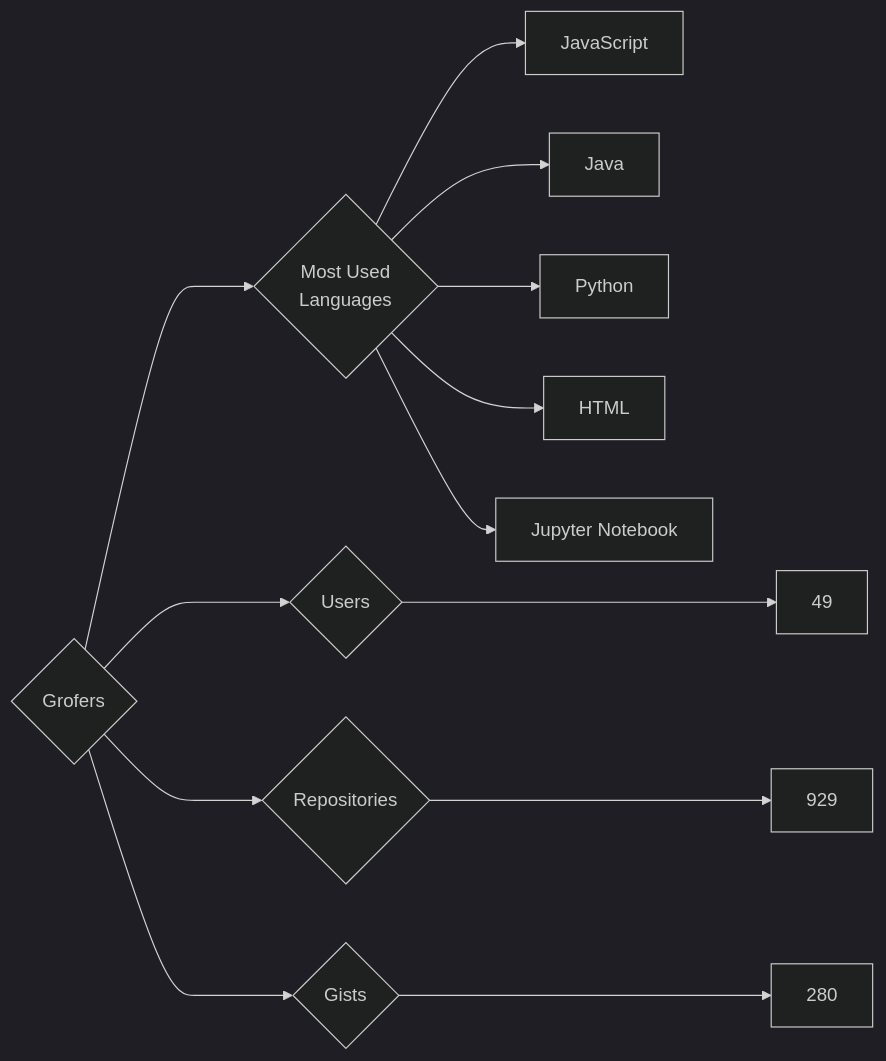
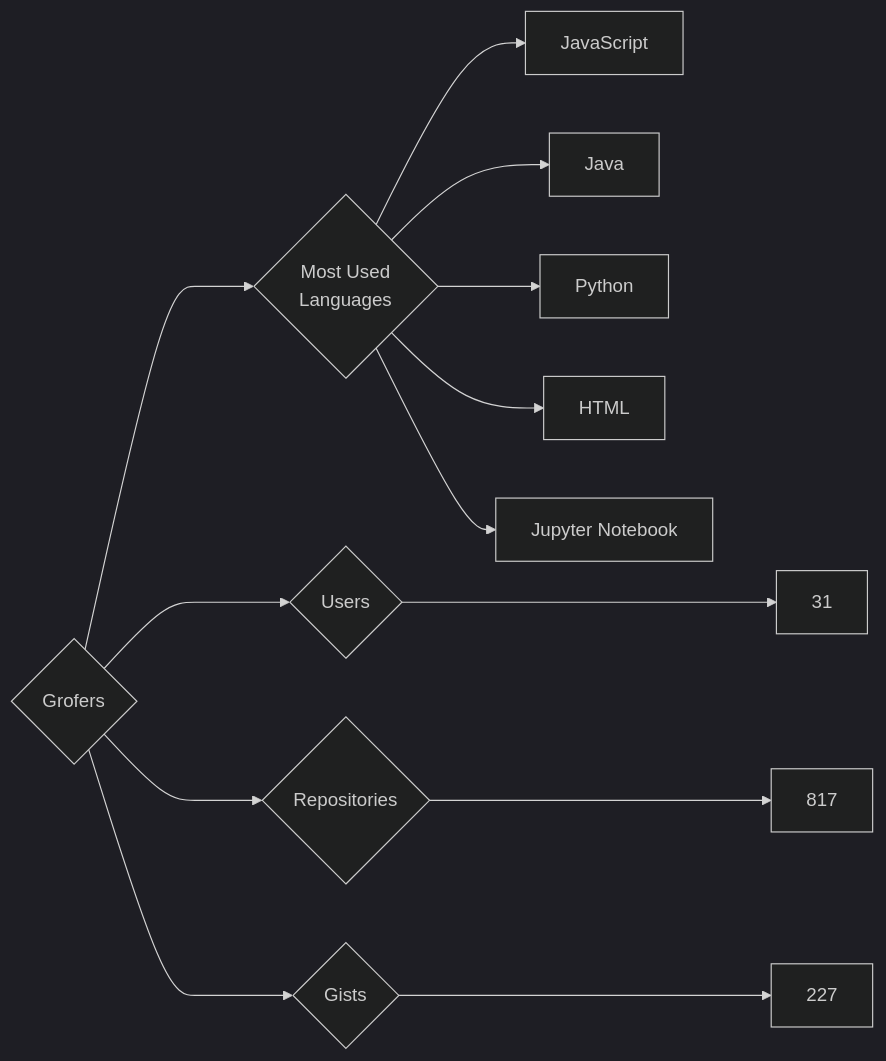
The diagram in targets/Grofers/README.md (trickest/insiders), drawn with Mermaid (dark theme) before and after one commit. The commit also changed 916 other files, not shown here.

````diff
--- a/targets/Grofers/README.md
+++ b/targets/Grofers/README.md
@@ -3,13 +3,13 @@
 ```mermaid
 graph LR
 COMPANY_NAME{Grofers}
-COMPANY_NAME ---> U{Users} ---> UN[49]
-COMPANY_NAME ---> R{Repositories} ---> RN[929]
-COMPANY_NAME ---> G{Gists} ---> GN[280]
+COMPANY_NAME ---> U{Users} ---> UN[31]
+COMPANY_NAME ---> R{Repositories} ---> RN[817]
+COMPANY_NAME ---> G{Gists} ---> GN[227]
 COMPANY_NAME ---> ML{Most Used<br>Languages}
 ML --> JavaScript[JavaScript]
 ML --> Java[Java]
 ML --> Python[Python]
 ML --> HTML[HTML]
 ML --> Jupyter_Notebook[Jupyter Notebook]
 ```
````
